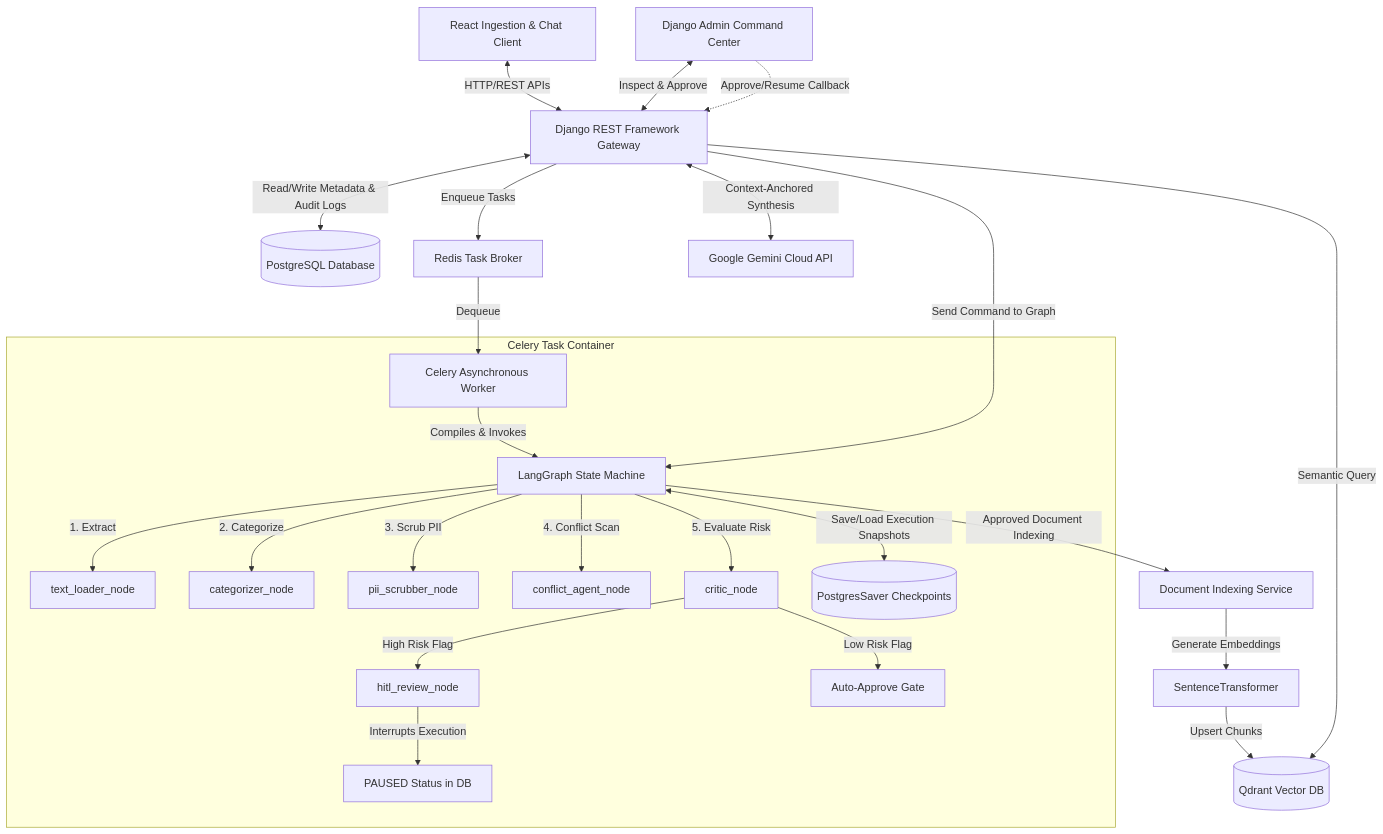
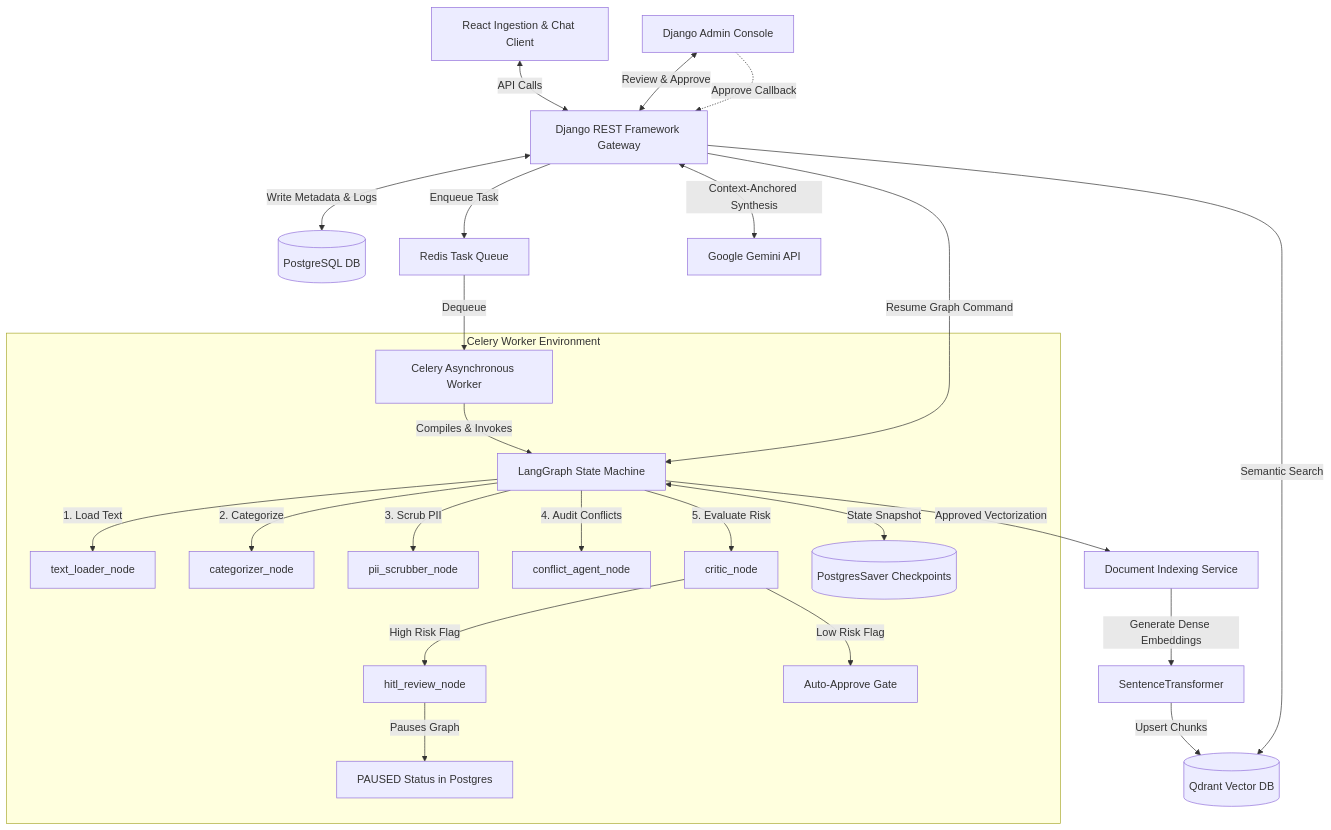
The diagram in README.md (bringerofdarkness/Autonomous-Data-Governance-System), drawn with Mermaid before and after one commit. The commit also changed other lines of this file, not shown here.

````diff
--- a/README.md
+++ b/README.md
@@ -105,46 +105,43 @@
 ```mermaid
 flowchart TD
-    %% Clients
-    User[React Ingestion & Chat Client] <-->|HTTP/REST APIs| DjangoGateway[Django REST Framework Gateway]
-    Admin[Django Admin Command Center] <-->|Inspect & Approve| DjangoGateway
+    %% Client Interfaces
+    User[React Ingestion & Chat Client] <-->|API Calls| DjangoAPI[Django REST Framework Gateway]
+    Admin[Django Admin Console] <-->|Review & Approve| DjangoAPI
 
-    %% Gateway & Queue
-    DjangoGateway <-->|Read/Write Metadata & Audit Logs| PostgresDB[(PostgreSQL Database)]
-    DjangoGateway -->|Enqueue Tasks| RedisBroker[Redis Task Broker]
+    %% Database & Queue
+    DjangoAPI <-->|Write Metadata & Logs| PostgresDB[(PostgreSQL DB)]
+    DjangoAPI -->|Enqueue Task| RedisBroker[Redis Task Queue]
 
-    %% Background Workers
+    %% Asynchronous Worker Container
     RedisBroker -->|Dequeue| CeleryWorker[Celery Asynchronous Worker]
-
-    %% Stateful Graph Workflow
-    subgraph Celery Task Container
+    
+    subgraph Celery Worker Environment
         CeleryWorker -->|Compiles & Invokes| LangGraph[LangGraph State Machine]
         
-        LangGraph -->|1. Extract| NodeExtract[text_loader_node]
+        LangGraph -->|1. Load Text| NodeLoader[text_loader_node]
         LangGraph -->|2. Categorize| NodeCat[categorizer_node]
         LangGraph -->|3. Scrub PII| NodeScrub[pii_scrubber_node]
-        LangGraph -->|4. Conflict Scan| NodeConflict[conflict_agent_node]
+        LangGraph -->|4. Audit Conflicts| NodeConflict[conflict_agent_node]
         LangGraph -->|5. Evaluate Risk| NodeCritic[critic_node]
         
-        %% Checkpoint persistence
-        LangGraph <-->|Save/Load Execution Snapshots| PostgresCheckpointer[(PostgresSaver Checkpoints)]
+        LangGraph <-->|State Snapshot| PostgresCheckpointer[(PostgresSaver Checkpoints)]
         
-        %% Conditional routing
         NodeCritic -->|High Risk Flag| NodeHITL[hitl_review_node]
         NodeCritic -->|Low Risk Flag| NodeAutoIndex[Auto-Approve Gate]
         
-        NodeHITL -->|Interrupts Execution| PausedState[PAUSED Status in DB]
+        NodeHITL -->|Pauses Graph| PausedDB[PAUSED Status in Postgres]
     end
 
-    %% Human-in-the-loop action
-    Admin -.->|Approve/Resume Callback| DjangoGateway
-    DjangoGateway -->|Send Command to Graph| LangGraph
+    %% Resume Action
+    Admin -.->|Approve Callback| DjangoAPI
+    DjangoAPI -->|Resume Graph Command| LangGraph
     
-    %% Output layers
-    LangGraph -->|Approved Document Indexing| IndexService[Document Indexing Service]
-    IndexService -->|Generate Embeddings| LocalModel[SentenceTransformer]
-    LocalModel -->|Upsert Chunks| QdrantDB[(Qdrant Vector DB)]
+    %% Output
+    LangGraph -->|Approved Vectorization| Indexer[Document Indexing Service]
+    Indexer -->|Generate Dense Embeddings| LocalTransformer[SentenceTransformer]
+    LocalTransformer -->|Upsert Chunks| QdrantDB[(Qdrant Vector DB)]
 
     %% Secure Retrieval
-    DjangoGateway -->|Semantic Query| QdrantDB
-    DjangoGateway <-->|Context-Anchored Synthesis| GeminiAPI[Google Gemini Cloud API]
+    DjangoAPI -->|Semantic Search| QdrantDB
+    DjangoAPI <-->|Context-Anchored Synthesis| GeminiAPI[Google Gemini API]
 ```
````
